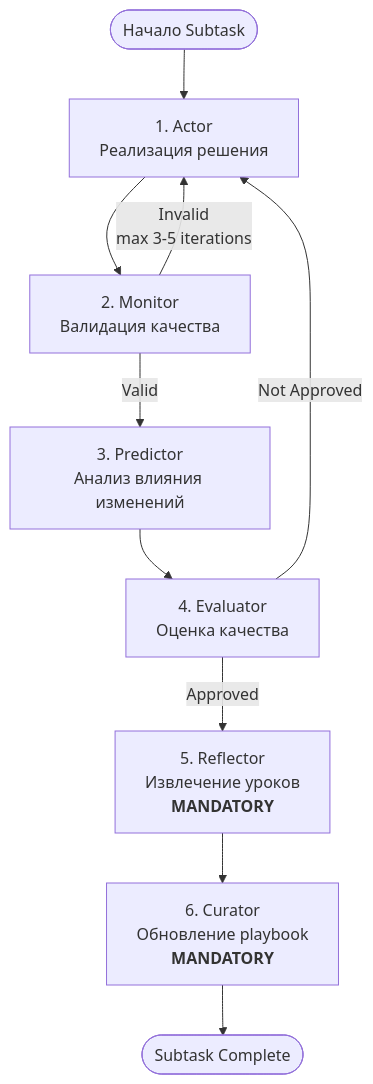
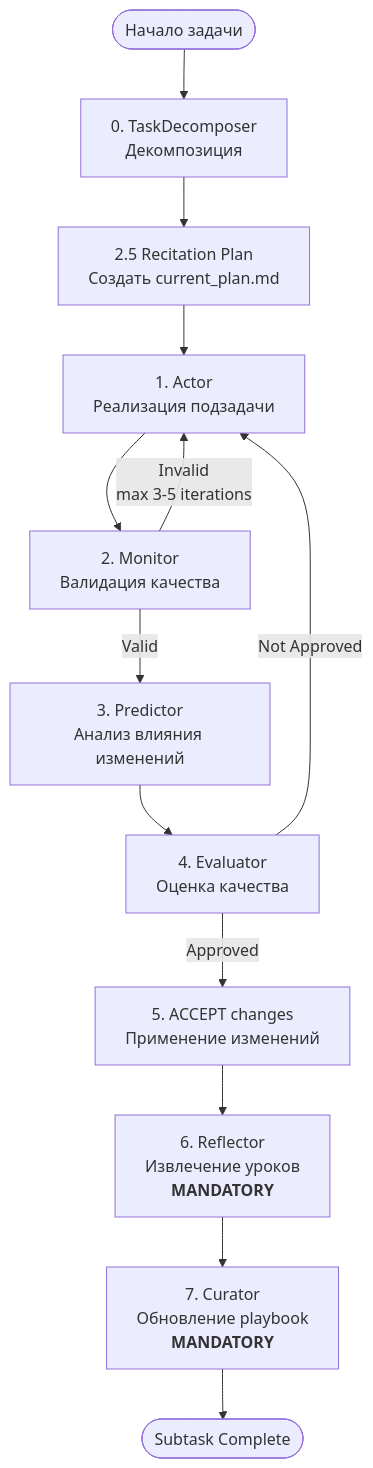
Before and after one commit to azalio/map-framework: the diagram in presentation/ru/03-workflow.md, drawn with Mermaid. The commit also changed other lines of this file and 15 other files, not shown here.

````diff
--- a/presentation/ru/03-workflow.md
+++ b/presentation/ru/03-workflow.md
@@ -9,17 +9,20 @@
 ```mermaid
 flowchart TD
-    Start([Начало Subtask]) --> Actor[1. Actor<br/>Реализация решения]
+    Start([Начало задачи]) --> Decompose[0. TaskDecomposer<br/>Декомпозиция]
+    Decompose --> Plan[2.5 Recitation Plan<br/>Создать current_plan.md]
+    Plan --> Actor[1. Actor<br/>Реализация подзадачи]
     Actor --> Monitor[2. Monitor<br/>Валидация качества]
 
     Monitor -->|Valid| Predictor[3. Predictor<br/>Анализ влияния изменений]
     Monitor -->|Invalid<br/>max 3-5 iterations| Actor
 
     Predictor --> Evaluator[4. Evaluator<br/>Оценка качества]
 
-    Evaluator -->|Approved| Reflector[5. Reflector<br/>Извлечение уроков<br/><b>MANDATORY</b>]
+    Evaluator -->|Approved| Accept[5. ACCEPT changes<br/>Применение изменений]
     Evaluator -->|Not Approved| Actor
 
-    Reflector --> Curator[6. Curator<br/>Обновление playbook<br/><b>MANDATORY</b>]
+    Accept --> Reflector[6. Reflector<br/>Извлечение уроков<br/><b>MANDATORY</b>]
+    Reflector --> Curator[7. Curator<br/>Обновление playbook<br/><b>MANDATORY</b>]
 
     Curator --> End([Subtask Complete])
 ```
````
